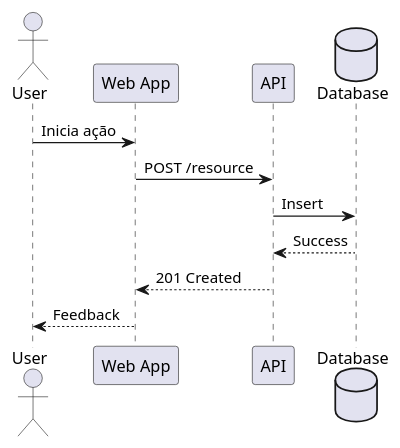
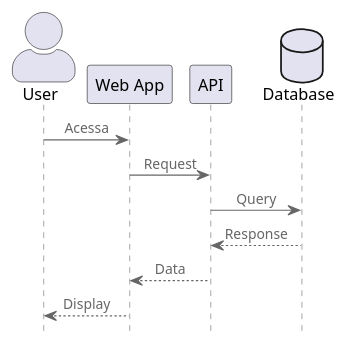
One commit to tiagonpsilva/architecture-decision-records changed the diagram in diagrams/adr-039-sequence.puml. Above: the diagram before and after it, drawn with PlantUML. The commit also changed 7 other files, not shown here.

Commit message:
fix: corrige versão do PlantUML para 1.2023.7 nos diagramas

```diff
--- a/diagrams/adr-039-sequence.puml
+++ b/diagrams/adr-039-sequence.puml
@@ -1,13 +1,18 @@
 @startuml
+!pragma layout smetana
+' version 1.2023.7
+!include C4_Sequence.puml
+
 actor User
 participant "Web App" as Web
 participant "API" as API
 database "Database" as DB
 
-User -> Web: Inicia ação
-Web -> API: POST /resource
-API -> DB: Insert
-DB --> API: Success
-API --> Web: 201 Created
-Web --> User: Feedback
+User -> Web: Acessa
+Web -> API: Request
+API -> DB: Query
+DB --> API: Response
+API --> Web: Data
+Web --> User: Display
+
 @enduml 
```
